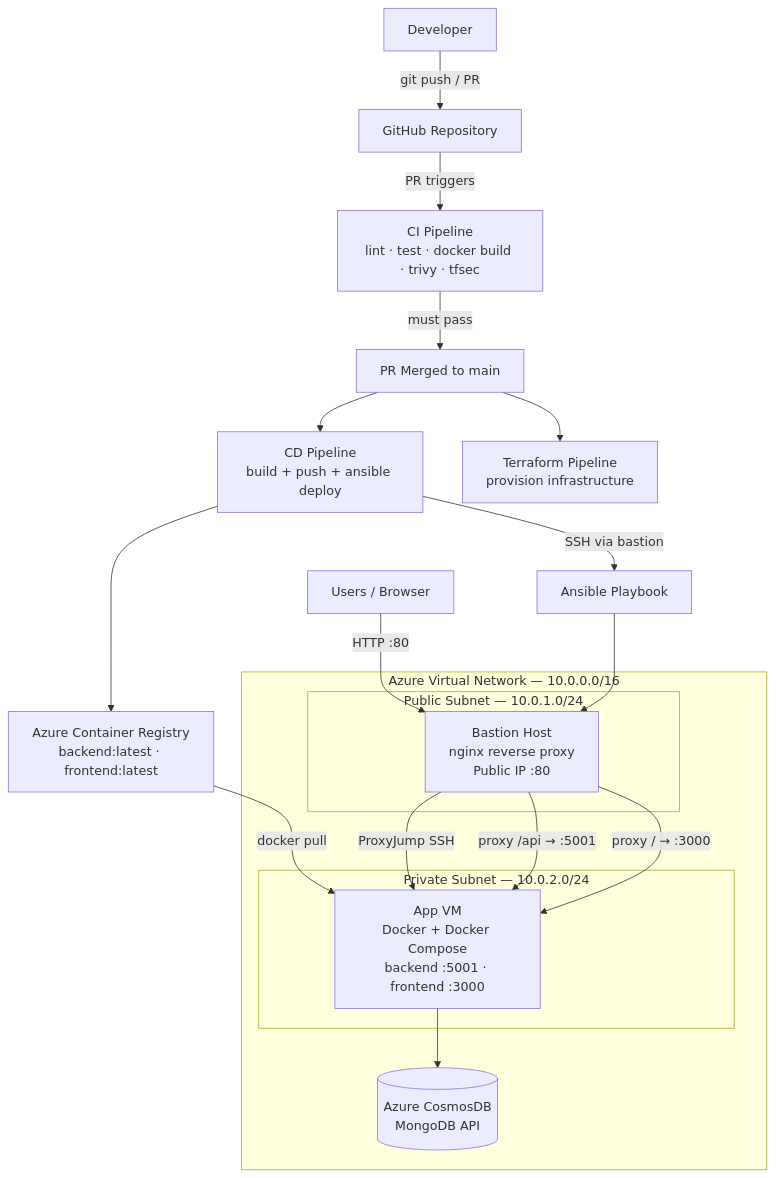
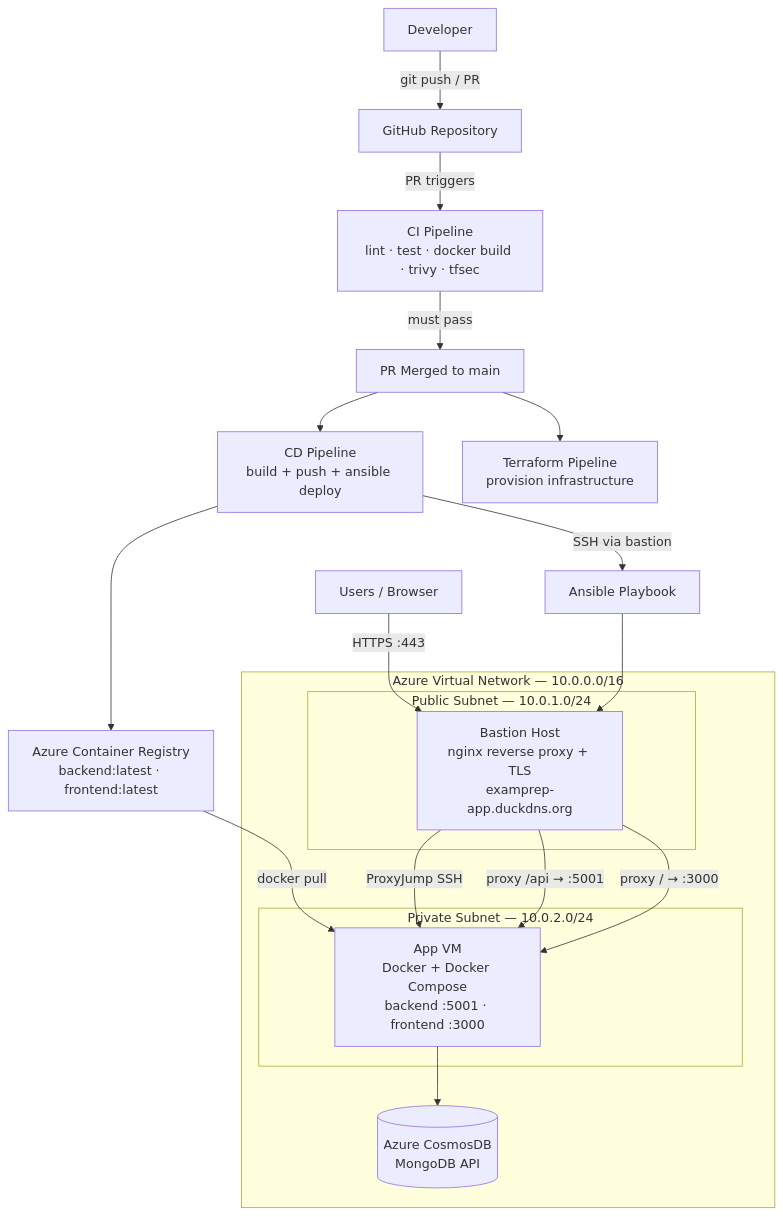
The diagram in README.md (Darlington6/exam_prep), drawn with Mermaid before and after one commit. The commit also changed other lines of this file and 2 other files, not shown here.

````diff
--- a/README.md
+++ b/README.md
@@ -61,30 +62,30 @@
 ```mermaid
 graph TB
     Dev[Developer] -->|git push / PR| GitHub[GitHub Repository]
     GitHub -->|PR triggers| CI[CI Pipeline\nlint · test · docker build · trivy · tfsec]
     CI -->|must pass| Merge[PR Merged to main]
     Merge --> CD[CD Pipeline\nbuild + push + ansible deploy]
     Merge --> TF[Terraform Pipeline\nprovision infrastructure]
 
     CD --> ACR[Azure Container Registry\nbackend:latest · frontend:latest]
     CD -->|SSH via bastion| Ansible[Ansible Playbook]
 
     subgraph Azure[Azure Virtual Network — 10.0.0.0/16]
         subgraph Public[Public Subnet — 10.0.1.0/24]
-            Bastion[Bastion Host\nnginx reverse proxy\nPublic IP :80]
+            Bastion[Bastion Host\nnginx reverse proxy + TLS\nexamprep-app.duckdns.org]
         end
         subgraph Private[Private Subnet — 10.0.2.0/24]
             AppVM[App VM\nDocker + Docker Compose\nbackend :5001 · frontend :3000]
         end
         CosmosDB[(Azure CosmosDB\nMongoDB API)]
     end
 
     Ansible --> Bastion
     Bastion -->|ProxyJump SSH| AppVM
     ACR -->|docker pull| AppVM
     AppVM --> CosmosDB
 
-    Users[Users / Browser] -->|HTTP :80| Bastion
+    Users[Users / Browser] -->|HTTPS :443| Bastion
     Bastion -->|proxy /api → :5001| AppVM
     Bastion -->|proxy / → :3000| AppVM
 ```
````
